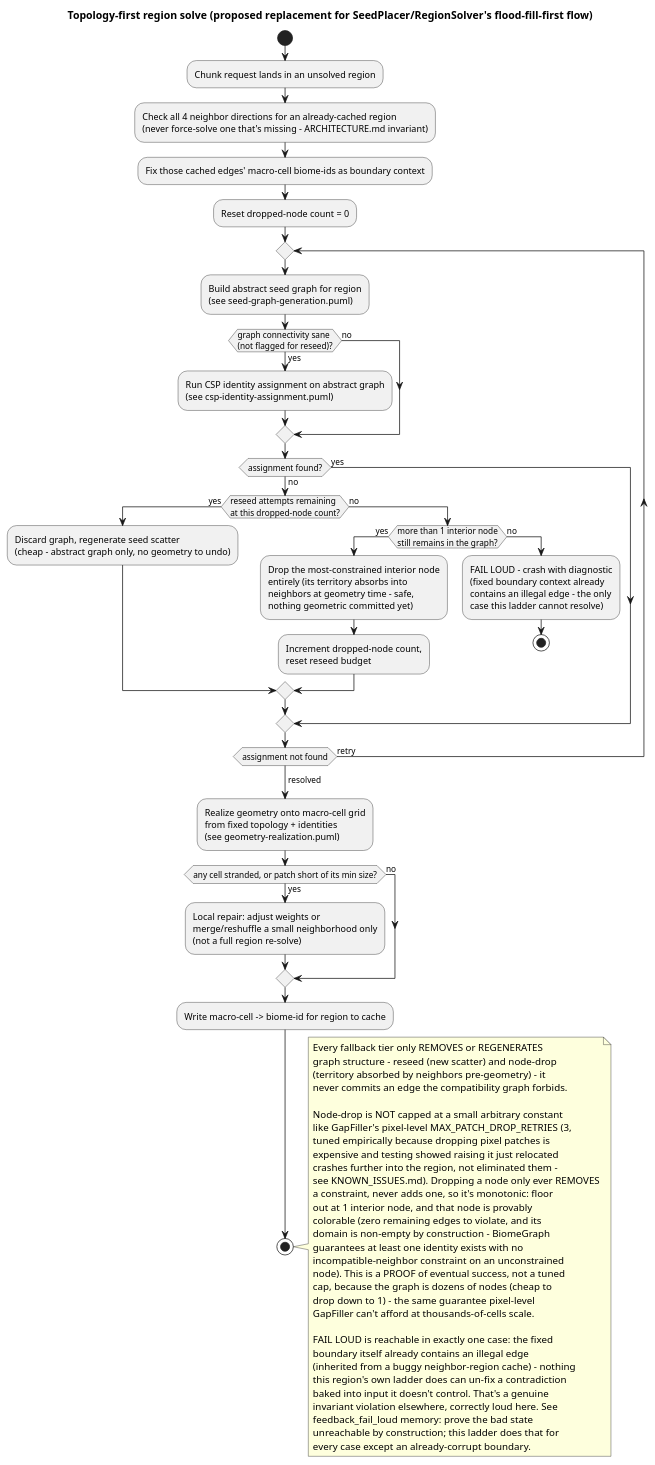
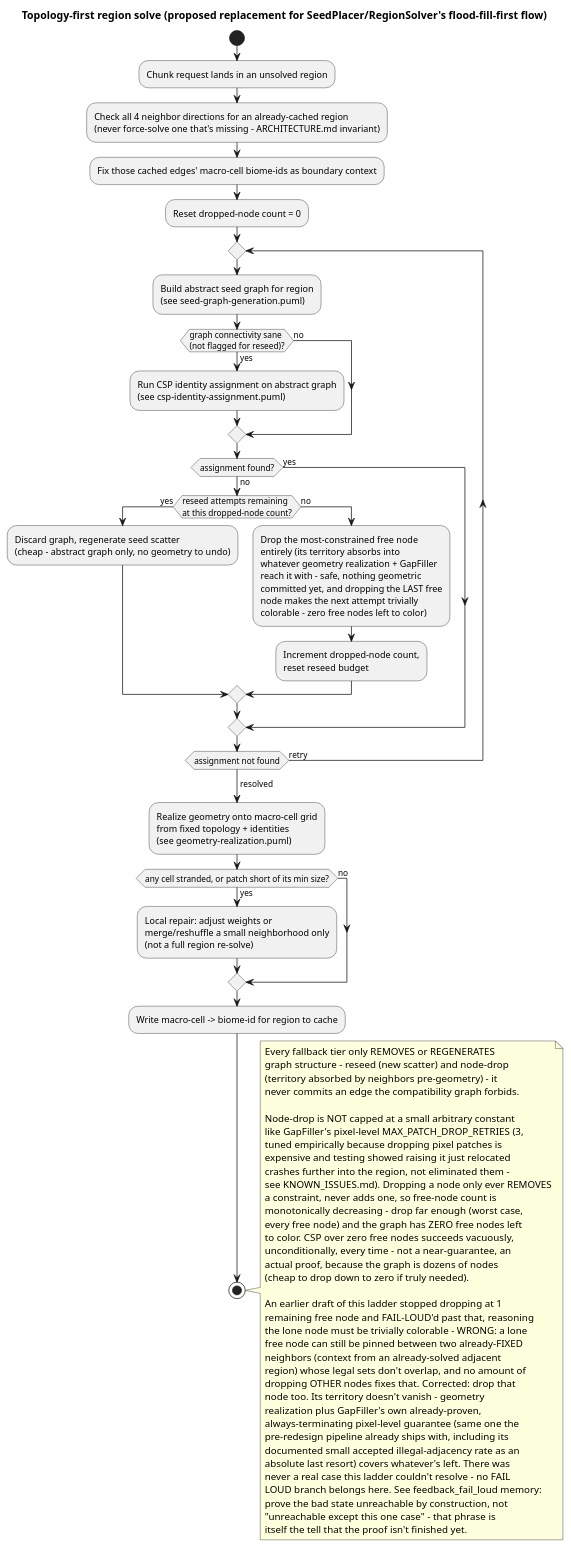
Before and after one commit to Boulede987/Mine-Utz: the diagram in companion-mods/mineutze-worldgen/doc/Modelisation/ActivityDiagram/topology-first-region-solve.puml, drawn with PlantUML. The commit also changed 3 other files, not shown here.

```diff
--- a/companion-mods/mineutze-worldgen/doc/Modelisation/ActivityDiagram/topology-first-region-solve.puml
+++ b/companion-mods/mineutze-worldgen/doc/Modelisation/ActivityDiagram/topology-first-region-solve.puml
@@ -1,78 +1,79 @@
 @startuml
 title Topology-first region solve (proposed replacement for SeedPlacer/RegionSolver's flood-fill-first flow)
 
 start
 :Chunk request lands in an unsolved region;
 :Check all 4 neighbor directions for an already-cached region\n(never force-solve one that's missing - ARCHITECTURE.md invariant);
 :Fix those cached edges' macro-cell biome-ids as boundary context;
 :Reset dropped-node count = 0;
 
 repeat
   :Build abstract seed graph for region\n(see seed-graph-generation.puml);
 
   if (graph connectivity sane\n(not flagged for reseed)?) then (yes)
     :Run CSP identity assignment on abstract graph\n(see csp-identity-assignment.puml);
   else (no)
   endif
 
   if (assignment found?) then (yes)
   else (no)
     if (reseed attempts remaining\nat this dropped-node count?) then (yes)
       :Discard graph, regenerate seed scatter\n(cheap - abstract graph only, no geometry to undo);
     else (no)
-      if (more than 1 interior node\nstill remains in the graph?) then (yes)
-        :Drop the most-constrained interior node\nentirely (its territory absorbs into\nneighbors at geometry time - safe,\nnothing geometric committed yet);
-        :Increment dropped-node count,\nreset reseed budget;
-      else (no)
-        :FAIL LOUD - crash with diagnostic\n(fixed boundary context already\ncontains an illegal edge - the only\ncase this ladder cannot resolve);
-        stop
-      endif
+      :Drop the most-constrained free node\nentirely (its territory absorbs into\nwhatever geometry realization + GapFiller\nreach it with - safe, nothing geometric\ncommitted yet, and dropping the LAST free\nnode makes the next attempt trivially\ncolorable - zero free nodes left to color);
+      :Increment dropped-node count,\nreset reseed budget;
     endif
   endif
 repeat while (assignment not found) is (retry)
 ->resolved;
 
 :Realize geometry onto macro-cell grid\nfrom fixed topology + identities\n(see geometry-realization.puml);
 
 if (any cell stranded, or patch short of its min size?) then (yes)
   :Local repair: adjust weights or\nmerge/reshuffle a small neighborhood only\n(not a full region re-solve);
 else (no)
 endif
 
 :Write macro-cell -> biome-id for region to cache;
 stop
 
 note right
   Every fallback tier only REMOVES or REGENERATES
   graph structure - reseed (new scatter) and node-drop
   (territory absorbed by neighbors pre-geometry) - it
   never commits an edge the compatibility graph forbids.
 
   Node-drop is NOT capped at a small arbitrary constant
   like GapFiller's pixel-level MAX_PATCH_DROP_RETRIES (3,
   tuned empirically because dropping pixel patches is
   expensive and testing showed raising it just relocated
   crashes further into the region, not eliminated them -
   see KNOWN_ISSUES.md). Dropping a node only ever REMOVES
-  a constraint, never adds one, so it's monotonic: floor
-  out at 1 interior node, and that node is provably
-  colorable (zero remaining edges to violate, and its
-  domain is non-empty by construction - BiomeGraph
-  guarantees at least one identity exists with no
-  incompatible-neighbor constraint on an unconstrained
-  node). This is a PROOF of eventual success, not a tuned
-  cap, because the graph is dozens of nodes (cheap to
-  drop down to 1) - the same guarantee pixel-level
-  GapFiller can't afford at thousands-of-cells scale.
+  a constraint, never adds one, so free-node count is
+  monotonically decreasing - drop far enough (worst case,
+  every free node) and the graph has ZERO free nodes left
+  to color. CSP over zero free nodes succeeds vacuously,
+  unconditionally, every time - not a near-guarantee, an
+  actual proof, because the graph is dozens of nodes
+  (cheap to drop down to zero if truly needed).
 
-  FAIL LOUD is reachable in exactly one case: the fixed
-  boundary itself already contains an illegal edge
-  (inherited from a buggy neighbor-region cache) - nothing
-  this region's own ladder does can un-fix a contradiction
-  baked into input it doesn't control. That's a genuine
-  invariant violation elsewhere, correctly loud here. See
-  feedback_fail_loud memory: prove the bad state
-  unreachable by construction; this ladder does that for
-  every case except an already-corrupt boundary.
+  An earlier draft of this ladder stopped dropping at 1
+  remaining free node and FAIL-LOUD'd past that, reasoning
+  the lone node must be trivially colorable - WRONG: a lone
+  free node can still be pinned between two already-FIXED
+  neighbors (context from an already-solved adjacent
+  region) whose legal sets don't overlap, and no amount of
+  dropping OTHER nodes fixes that. Corrected: drop that
+  node too. Its territory doesn't vanish - geometry
+  realization plus GapFiller's own already-proven,
+  always-terminating pixel-level guarantee (same one the
+  pre-redesign pipeline already ships with, including its
+  documented small accepted illegal-adjacency rate as an
+  absolute last resort) covers whatever's left. There was
+  never a real case this ladder couldn't resolve - no FAIL
+  LOUD branch belongs here. See feedback_fail_loud memory:
+  prove the bad state unreachable by construction, not
+  "unreachable except this one case" - that phrase is
+  itself the tell that the proof isn't finished yet.
 end note
 @enduml
```
